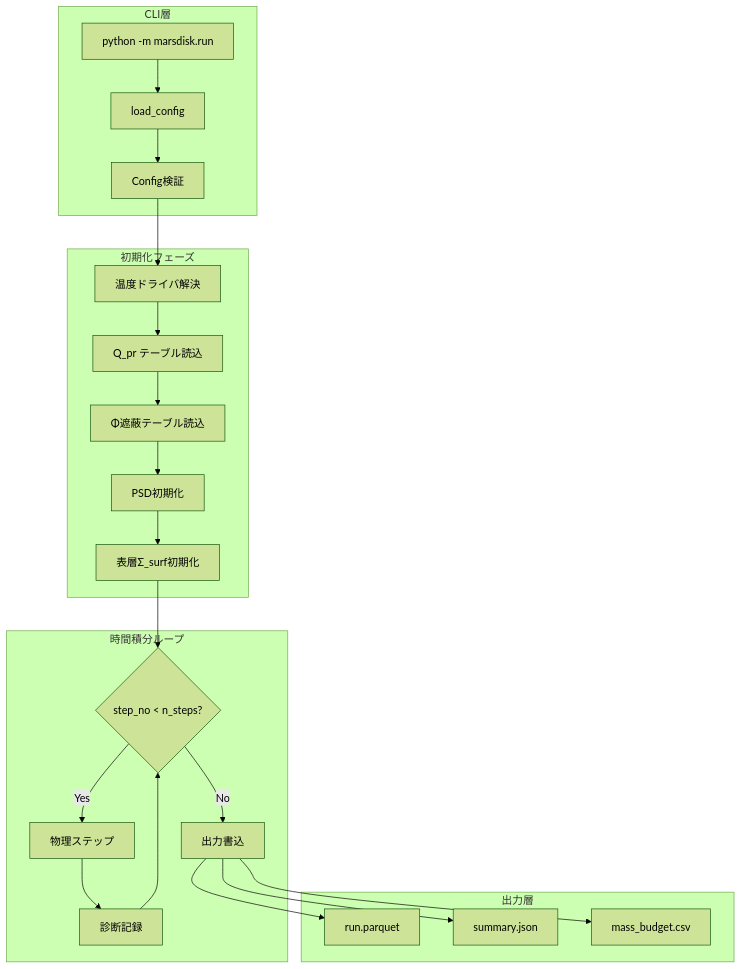
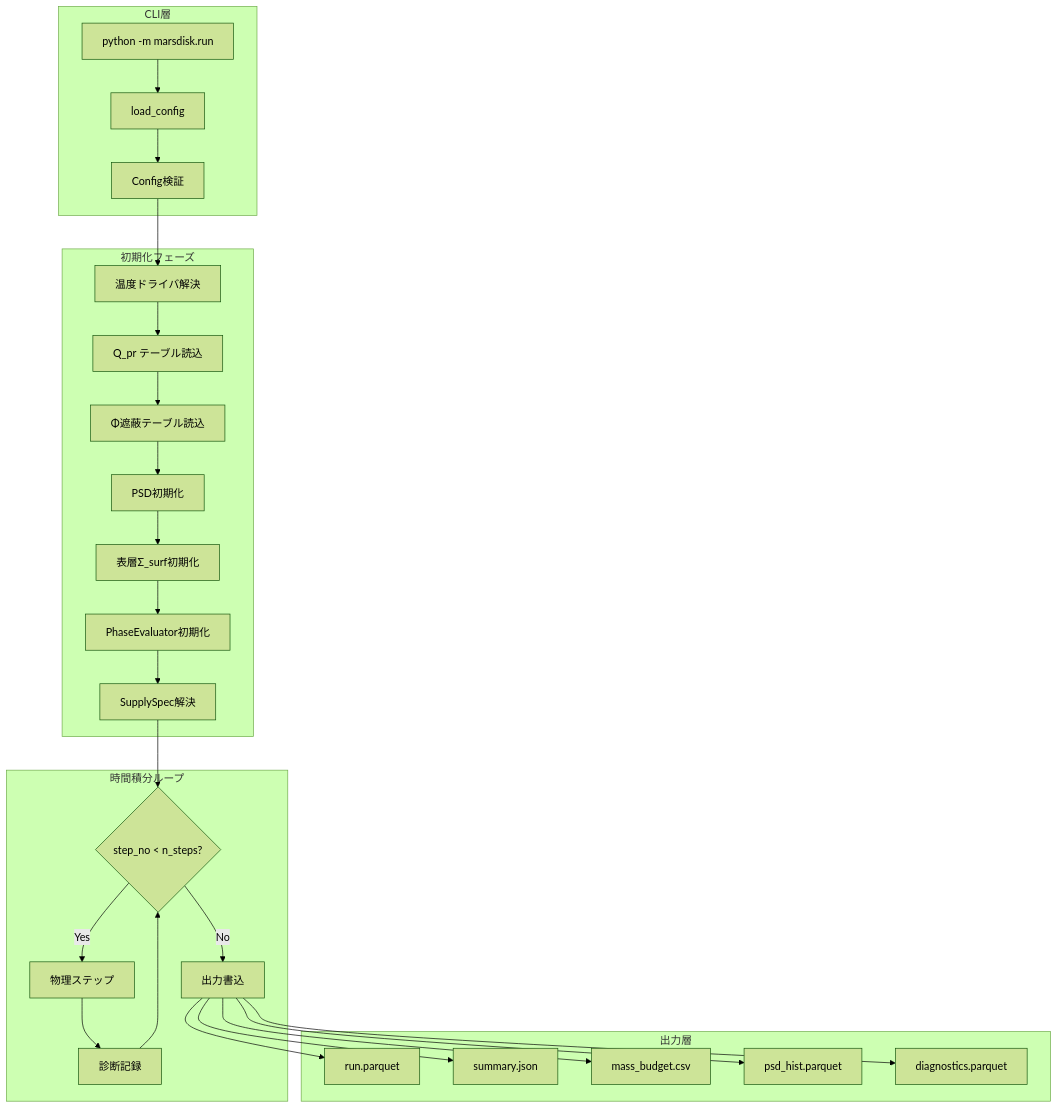
The first of 12 diagrams in analysis/physics_flow.md (Einfeld686/MarsDiskSimulation), drawn with Mermaid (forest theme) before and after one commit. The commit also changed other lines of this file and 14 other files, not shown here.

````diff
--- a/analysis/physics_flow.md
+++ b/analysis/physics_flow.md
@@ -12,29 +12,33 @@
 ```mermaid
 flowchart TB
     subgraph CLI["CLI層"]
         A[python -m marsdisk.run] --> B[load_config]
         B --> C[Config検証]
     end
     
     subgraph INIT["初期化フェーズ"]
         C --> D[温度ドライバ解決]
         D --> E[Q_pr テーブル読込]
         E --> F[Φ遮蔽テーブル読込]
         F --> G[PSD初期化]
         G --> H[表層Σ_surf初期化]
+        H --> H2[PhaseEvaluator初期化]
+        H2 --> H3[SupplySpec解決]
     end
     
     subgraph LOOP["時間積分ループ"]
-        H --> I{step_no < n_steps?}
+        H3 --> I{step_no < n_steps?}
         I -->|Yes| J[物理ステップ]
         J --> K[診断記録]
         K --> I
         I -->|No| L[出力書込]
     end
     
     subgraph OUT["出力層"]
         L --> M[run.parquet]
         L --> N[summary.json]
         L --> O[mass_budget.csv]
+        L --> P[psd_hist.parquet]
+        L --> Q[diagnostics.parquet]
     end
 ```
````
